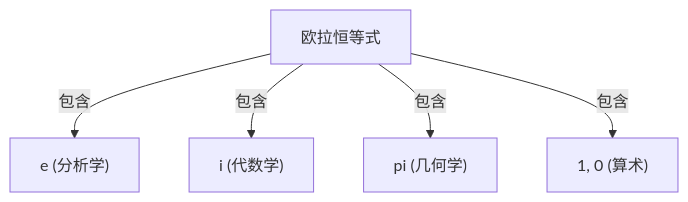
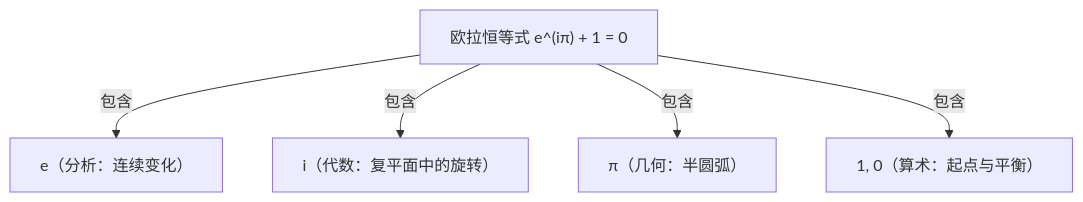
The diagram in content/post/eulers-identity/index.zh-cn.md (kenjinote/blog), drawn with Mermaid before and after one commit. The commit also changed other lines of this file and 7 other files, not shown here.

````diff
--- a/content/post/eulers-identity/index.zh-cn.md
+++ b/content/post/eulers-identity/index.zh-cn.md
@@ -31,7 +142,7 @@
 ```mermaid
 graph TD
-    A["欧拉恒等式"] -->|"包含"| B["e (分析学)"]
-    A -->|"包含"| C["i (代数学)"]
-    A -->|"包含"| D["pi (几何学)"]
-    A -->|"包含"| E["1, 0 (算术)"]
+    A["欧拉恒等式 e^(iπ) + 1 = 0"] -->|"包含"| B["e（分析：连续变化）"]
+    A -->|"包含"| C["i（代数：复平面中的旋转）"]
+    A -->|"包含"| D["π（几何：半圆弧）"]
+    A -->|"包含"| E["1, 0（算术：起点与平衡）"]
 ```
````
